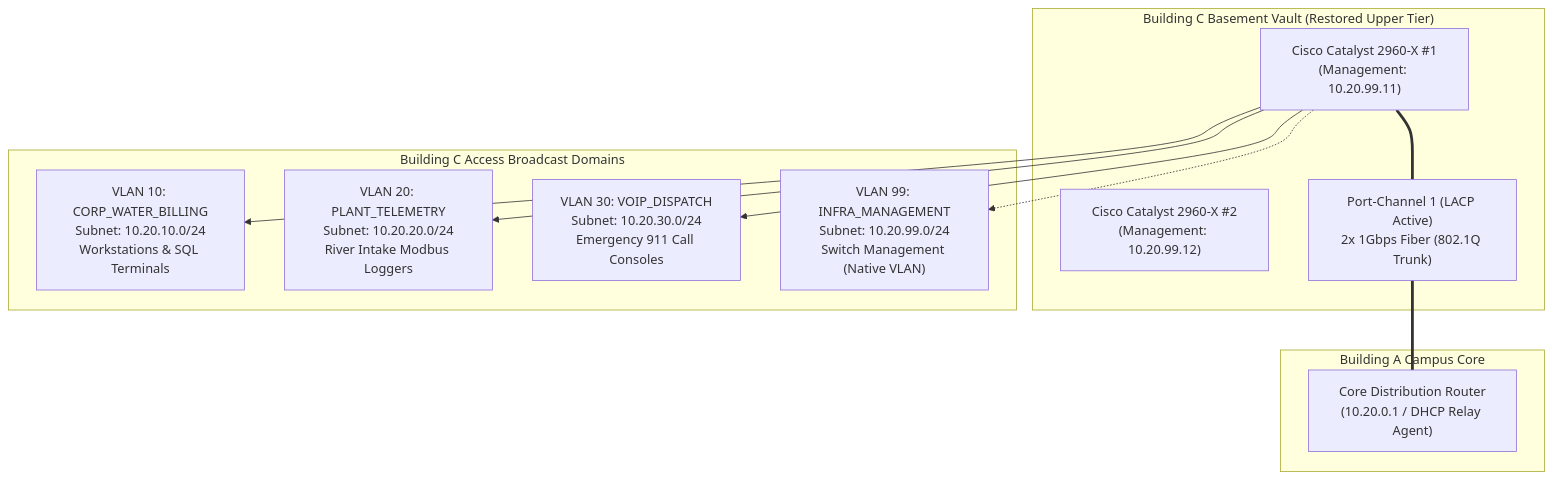
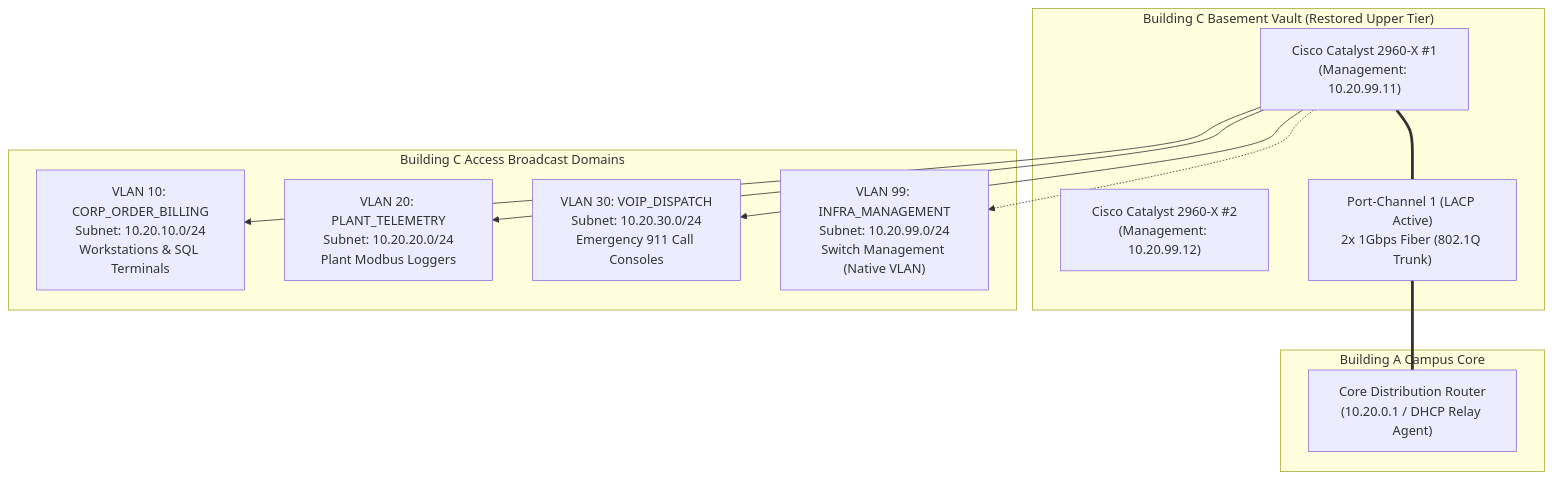
One commit to cwarloe/learning-narrative-kit changed the second of 6 diagrams in docs/portland-desk/workbench/06-the-portland-flood.md. Above: the diagram before and after it, drawn with Mermaid. The commit also changed other lines of this file and 41 other files, not shown here.

````diff
--- a/docs/portland-desk/workbench/06-the-portland-flood.md
+++ b/docs/portland-desk/workbench/06-the-portland-flood.md
@@ -81,25 +81,25 @@
 ```mermaid
 flowchart TD
     subgraph Core["Building A Campus Core"]
         CoreRouter["Core Distribution Router<br/>(10.20.0.1 / DHCP Relay Agent)"]
     end
 
     subgraph Vault["Building C Basement Vault (Restored Upper Tier)"]
         SW_C1["Cisco Catalyst 2960-X #1<br/>(Management: 10.20.99.11)"]
         SW_C2["Cisco Catalyst 2960-X #2<br/>(Management: 10.20.99.12)"]
         Po1["Port-Channel 1 (LACP Active)<br/>2x 1Gbps Fiber (802.1Q Trunk)"]
         SW_C1 === Po1 === CoreRouter
     end
 
     subgraph Segments["Building C Access Broadcast Domains"]
-        VLAN10["VLAN 10: CORP_WATER_BILLING<br/>Subnet: 10.20.10.0/24<br/>Workstations & SQL Terminals"]
-        VLAN20["VLAN 20: PLANT_TELEMETRY<br/>Subnet: 10.20.20.0/24<br/>River Intake Modbus Loggers"]
+        VLAN10["VLAN 10: CORP_ORDER_BILLING<br/>Subnet: 10.20.10.0/24<br/>Workstations & SQL Terminals"]
+        VLAN20["VLAN 20: PLANT_TELEMETRY<br/>Subnet: 10.20.20.0/24<br/>Plant Modbus Loggers"]
         VLAN30["VLAN 30: VOIP_DISPATCH<br/>Subnet: 10.20.30.0/24<br/>Emergency 911 Call Consoles"]
         VLAN99["VLAN 99: INFRA_MANAGEMENT<br/>Subnet: 10.20.99.0/24<br/>Switch Management (Native VLAN)"]
     end
 
     SW_C1 --> VLAN10
     SW_C1 --> VLAN20
     SW_C1 --> VLAN30
     SW_C1 -.-> VLAN99
 ```
````
